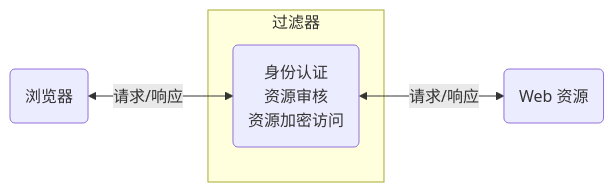
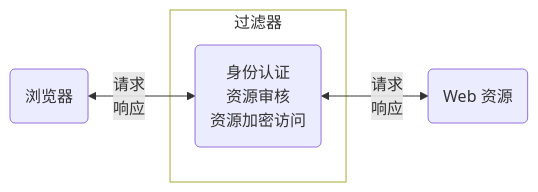
One commit to domeniczz/learnJavaDev changed the sixth of 7 diagrams in Basics/Web开发基础.md. Above: the diagram before and after it, drawn with Mermaid. The commit also changed other lines of this file and 6 other files, not shown here.

````diff
--- a/Basics/Web开发基础.md
+++ b/Basics/Web开发基础.md
@@ -3590,8 +3970,10 @@
 ```mermaid
 flowchart LR
   subgraph 过滤器
     B
   end
-  A("浏览器") <--请求/响应--> B("身份认证<br/>资源审核<br/>资源加密访问")
-  B <--请求/响应--> C("Web 资源")
+  A("浏览器") <--"请求<br/>响应"--> B("身份认证<br/>资源审核<br/>资源加密访问")
+  B <--"请求<br/>响应"--> C("Web 资源")
+  classDef subgraphstyle fill:transparent
+  class 过滤器 subgraphstyle
 ```
````
